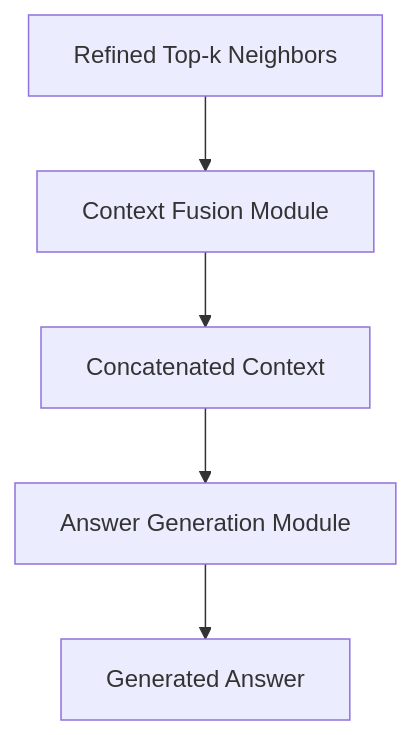
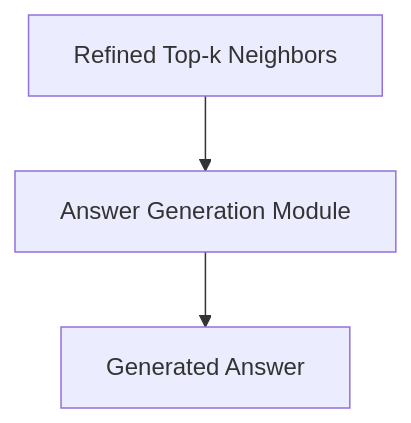
One commit to MechInterpreter/Case_Studies changed the third of 4 diagrams in textwave/System_Report.md. Above: the diagram before and after it, drawn with Mermaid. The commit also changed other lines of this file, not shown here.

````diff
--- a/textwave/System_Report.md
+++ b/textwave/System_Report.md
@@ -32,7 +32,5 @@
 ```mermaid
 graph TD
-    A[Refined Top-k Neighbors] --> B[Context Fusion Module]
-    B --> C[Concatenated Context]
-    C --> D[Answer Generation Module]
-    D --> E[Generated Answer]
+    A[Refined Top-k Neighbors] --> B[Answer Generation Module]
+    B --> C[Generated Answer]
 ```
````
